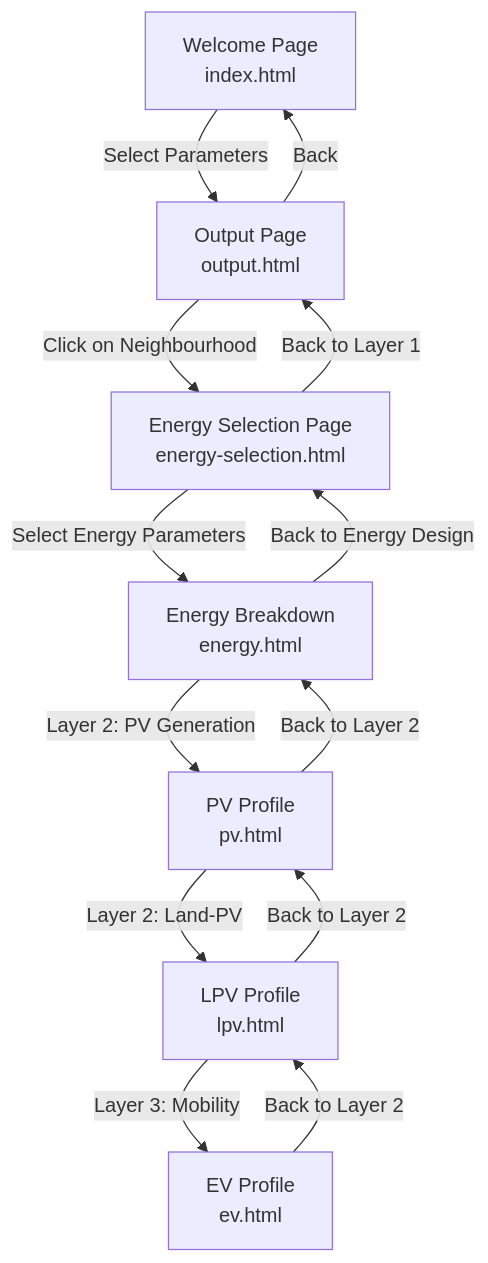
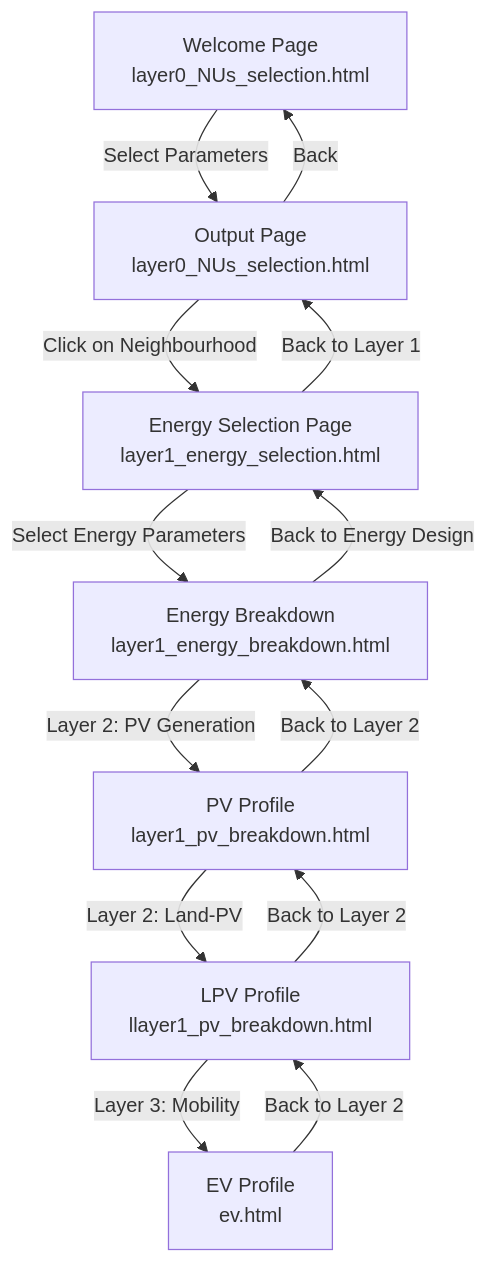
Before and after one commit to orcunkoraliseri/LMN-tool: the diagram in docs/0_implementation_plan.md, drawn with Mermaid. The commit also changed other lines of this file and 32 other files, not shown here.

````diff
--- a/docs/0_implementation_plan.md
+++ b/docs/0_implementation_plan.md
@@ -70,15 +70,15 @@
 ```mermaid
 graph TD
-    A[Welcome Page<br/>index.html] -->|Select Parameters| B[Output Page<br/>output.html]
+    A[Welcome Page<br/>layer0_NUs_selection.html] -->|Select Parameters| B[Output Page<br/>layer0_NUs_selection.html]
     B -->|Back| A
-    B -->|Click on Neighbourhood| C[Energy Selection Page<br/>energy-selection.html]
+    B -->|Click on Neighbourhood| C[Energy Selection Page<br/>layer1_energy_selection.html]
     C -->|Back to Layer 1| B
-    C -->|Select Energy Parameters| D[Energy Breakdown<br/>energy.html]
+    C -->|Select Energy Parameters| D[Energy Breakdown<br/>layer1_energy_breakdown.html]
     D -->|Back to Energy Design| C
-    D -->|Layer 2: PV Generation| E[PV Profile<br/>pv.html]
+    D -->|Layer 2: PV Generation| E[PV Profile<br/>layer1_pv_breakdown.html]
     E -->|Back to Layer 2| D
-    E -->|Layer 2: Land-PV| F[LPV Profile<br/>lpv.html]
+    E -->|Layer 2: Land-PV| F[LPV Profile<br/>llayer1_pv_breakdown.html]
     F -->|Back to Layer 2| E
     F -->|Layer 3: Mobility| G[EV Profile<br/>ev.html]
     G -->|Back to Layer 2| F
 ```
````
